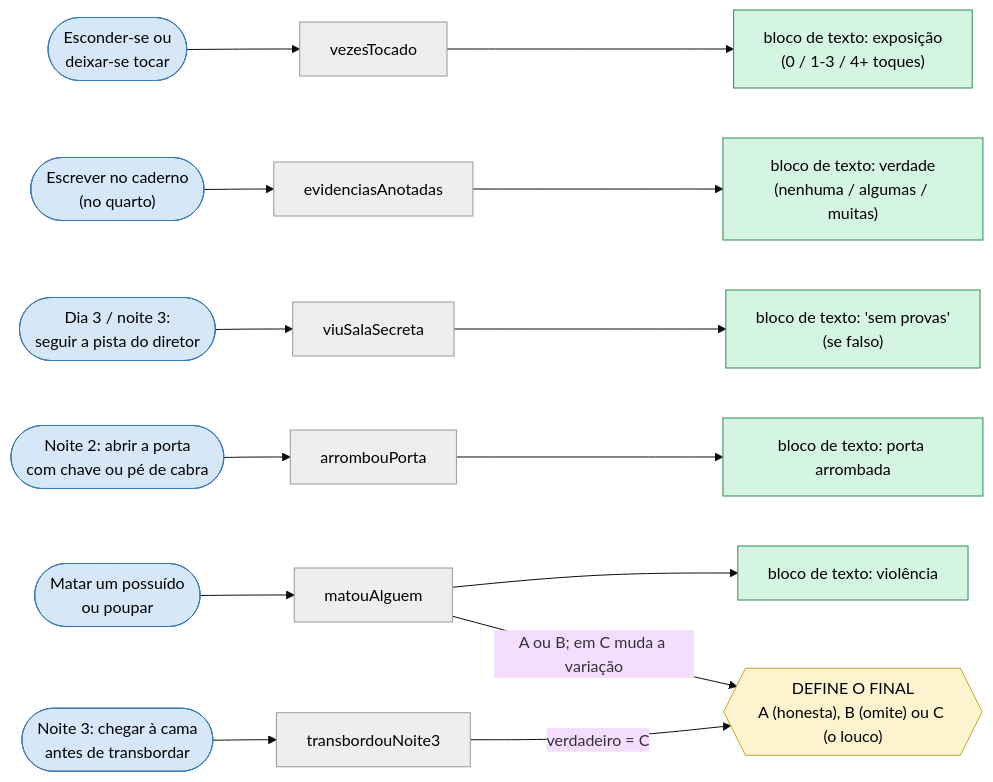
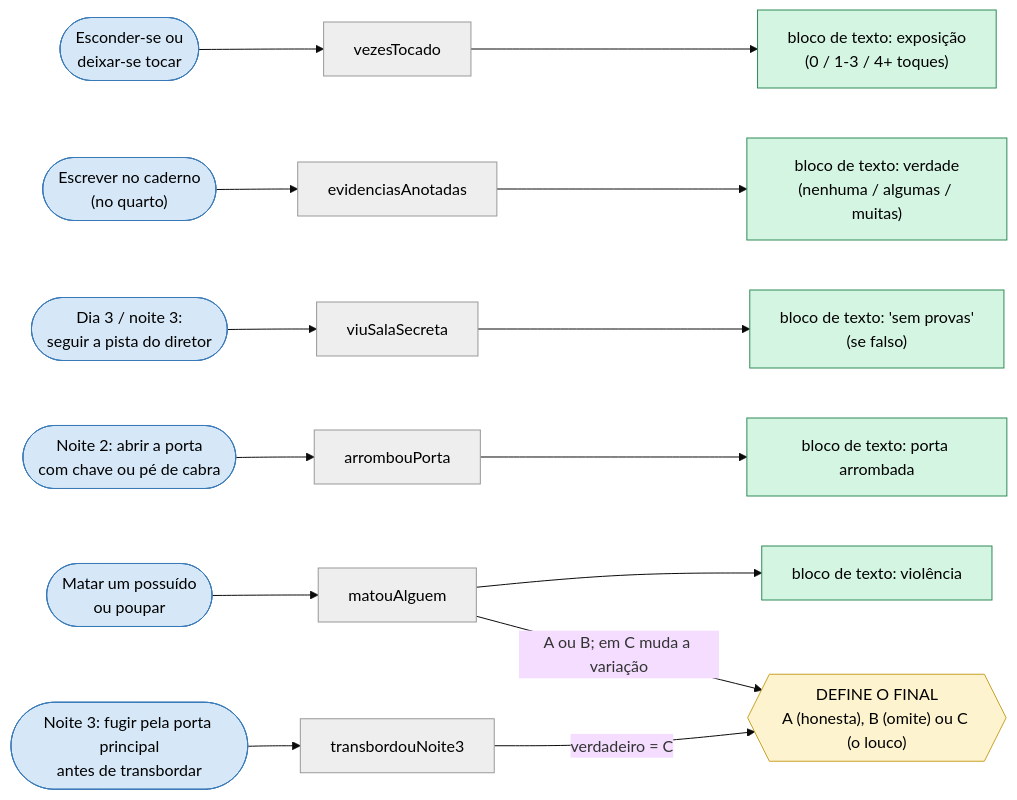
The first of 2 diagrams in docs/gdd/03-arvore-de-decisao.md (ViniciusDib/Vigilia), drawn with Mermaid (base theme) before and after one commit. The commit also changed other lines of this file and 30 other files, not shown here.

````diff
--- a/docs/gdd/03-arvore-de-decisao.md
+++ b/docs/gdd/03-arvore-de-decisao.md
@@ -9,19 +9,19 @@
 ```mermaid
 flowchart LR
   a1(["Esconder-se ou<br/>deixar-se tocar"]) --> f1["vezesTocado"] --> o1["bloco de texto: exposição<br/>(0 / 1-3 / 4+ toques)"]
   a2(["Escrever no caderno<br/>(no quarto)"]) --> f2["evidenciasAnotadas"] --> o2["bloco de texto: verdade<br/>(nenhuma / algumas / muitas)"]
   a3(["Dia 3 / noite 3:<br/>seguir a pista do diretor"]) --> f3["viuSalaSecreta"] --> o3["bloco de texto: 'sem provas'<br/>(se falso)"]
   a4(["Noite 2: abrir a porta<br/>com chave ou pé de cabra"]) --> f4["arrombouPorta"] --> o4["bloco de texto: porta arrombada"]
   a5(["Matar um possuído<br/>ou poupar"]) --> f5["matouAlguem"] --> o5["bloco de texto: violência"]
-  a6(["Noite 3: chegar à cama<br/>antes de transbordar"]) --> f6["transbordouNoite3"]
+  a6(["Noite 3: fugir pela porta principal<br/>antes de transbordar"]) --> f6["transbordouNoite3"]
   f5 -- "A ou B; em C muda a variação" --> FIN{{"DEFINE O FINAL<br/>A (honesta), B (omite) ou C (o louco)"}}
   f6 -- "verdadeiro = C" --> FIN
   classDef acao fill:#d6e8f7,stroke:#3a7ab8,color:#000
   classDef flag fill:#eeeeee,stroke:#999,color:#000
   classDef saida fill:#d5f5e3,stroke:#2e8b57,color:#000
   classDef final fill:#fdf3cf,stroke:#c9a227,color:#000
   class a1,a2,a3,a4,a5,a6 acao
   class f1,f2,f3,f4,f5,f6 flag
   class o1,o2,o3,o4,o5 saida
   class FIN final
 ```
````
